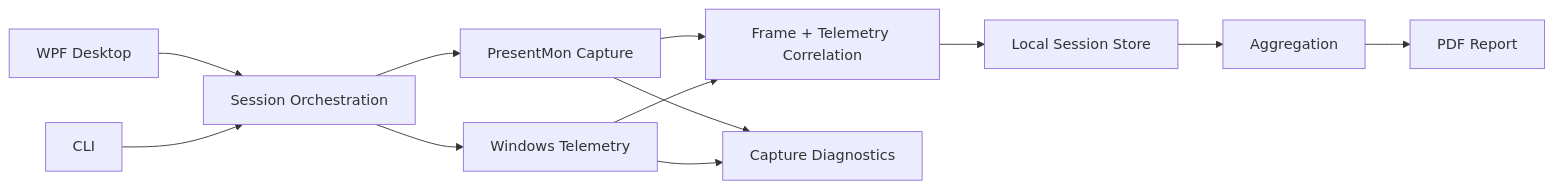
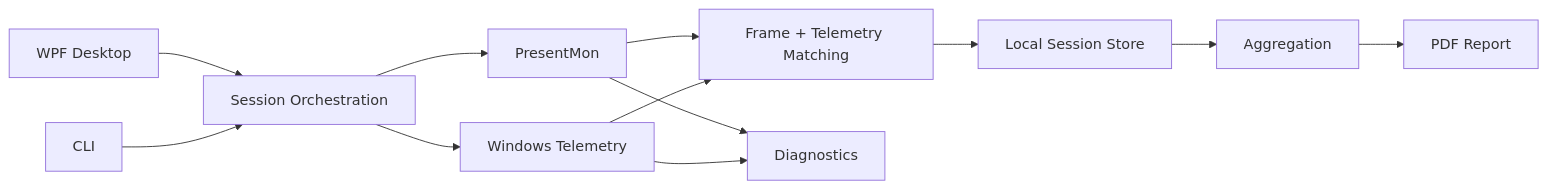
Before and after one commit to Gencalp/ZykeMark: the diagram in README.md, drawn with Mermaid. The commit also changed other lines of this file, not shown here.

````diff
--- a/README.md
+++ b/README.md
@@ -27,14 +20,14 @@
 ```mermaid
 flowchart LR
     UI[WPF Desktop] --> ORCH[Session Orchestration]
     CLI[CLI] --> ORCH
-    ORCH --> PM[PresentMon Capture]
+    ORCH --> PM[PresentMon]
     ORCH --> TEL[Windows Telemetry]
-    PM --> CORR[Frame + Telemetry Correlation]
+    PM --> CORR[Frame + Telemetry Matching]
     TEL --> CORR
     CORR --> STORE[Local Session Store]
     STORE --> AGG[Aggregation]
     AGG --> PDF[PDF Report]
-    PM --> DIAG[Capture Diagnostics]
+    PM --> DIAG[Diagnostics]
     TEL --> DIAG
 ```
````
